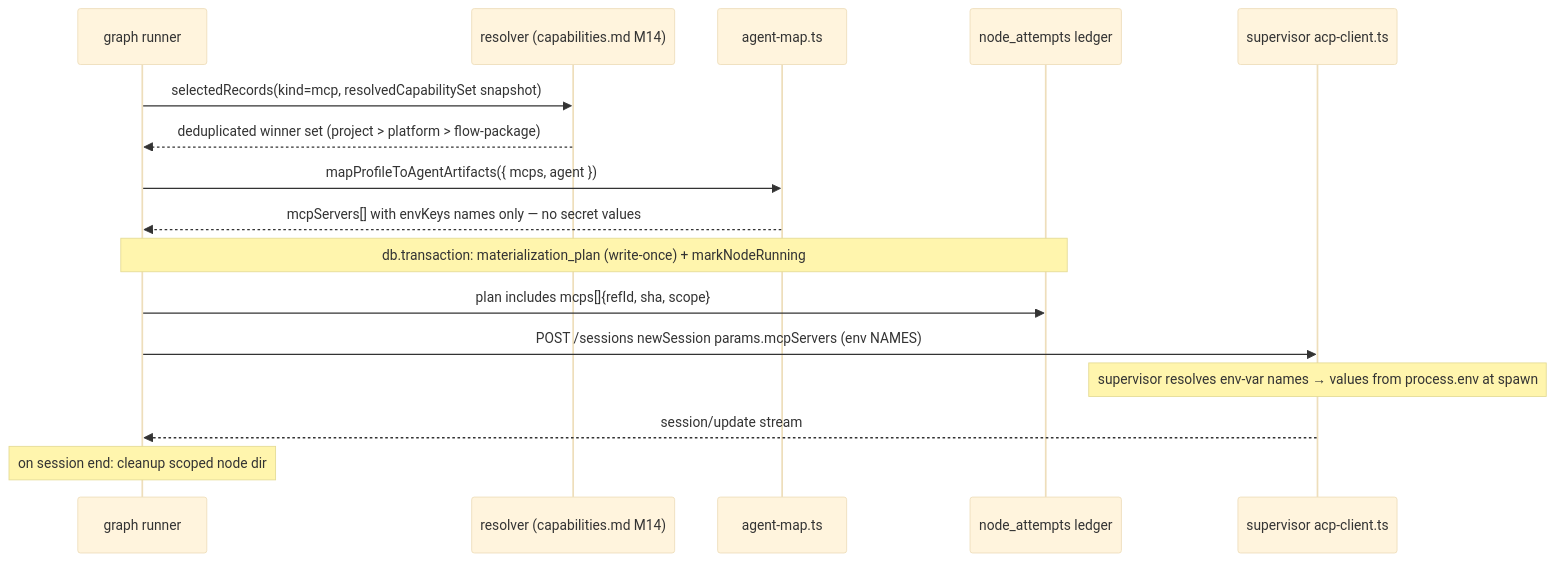
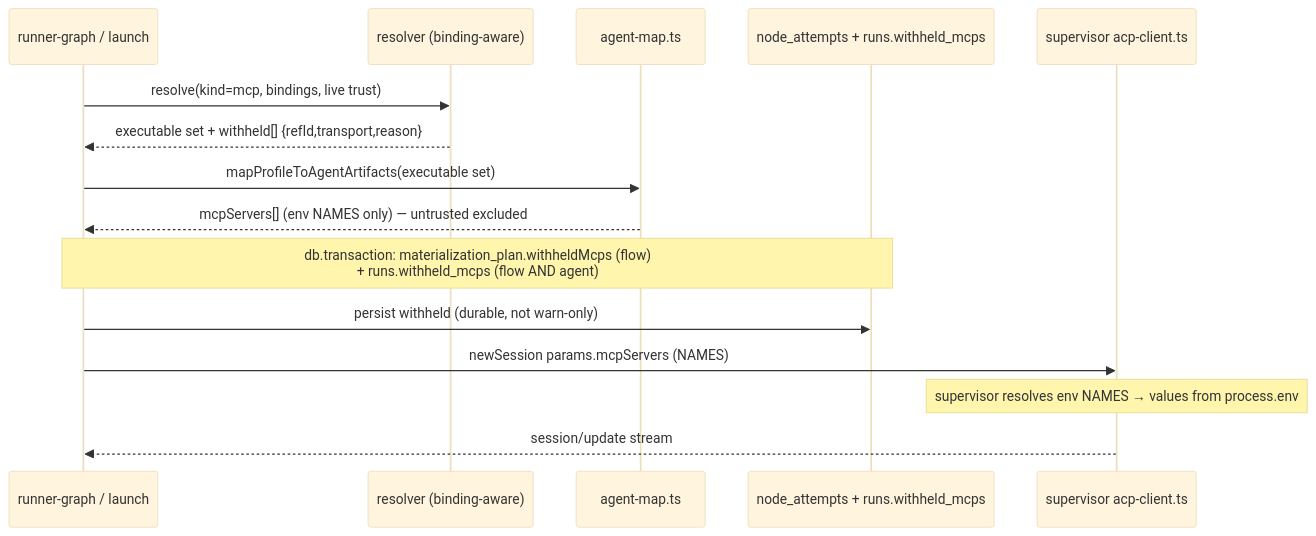
The fifth of 6 diagrams in docs/system-analytics/mcp-management.md (maister-dev/maister), drawn with Mermaid (base theme) before and after one commit. The commit also changed other lines of this file and 15 other files, not shown here.

````diff
--- a/docs/system-analytics/mcp-management.md
+++ b/docs/system-analytics/mcp-management.md
@@ -135,19 +156,18 @@
 ```mermaid
 sequenceDiagram
-    participant R as graph runner
-    participant Res as resolver (capabilities.md M14)
+    participant R as runner-graph / launch
+    participant Res as resolver (binding-aware)
     participant Map as agent-map.ts
-    participant L as node_attempts ledger
+    participant L as node_attempts + runs.withheld_mcps
     participant S as supervisor acp-client.ts
 
-    R->>Res: selectedRecords(kind=mcp, resolvedCapabilitySet snapshot)
-    Res-->>R: deduplicated winner set (project > platform > flow-package)
-    R->>Map: mapProfileToAgentArtifacts({ mcps, agent })
-    Map-->>R: mcpServers[] with envKeys names only — no secret values
-    note over R,L: db.transaction: materialization_plan (write-once) + markNodeRunning
-    R->>L: plan includes mcps[]{refId, sha, scope}
-    R->>S: POST /sessions newSession params.mcpServers (env NAMES)
-    note over S: supervisor resolves env-var names → values from process.env at spawn
+    R->>Res: resolve(kind=mcp, bindings, live trust)
+    Res-->>R: executable set + withheld[] {refId,transport,reason}
+    R->>Map: mapProfileToAgentArtifacts(executable set)
+    Map-->>R: mcpServers[] (env NAMES only) — untrusted excluded
+    note over R,L: db.transaction: materialization_plan.withheldMcps (flow)<br/>+ runs.withheld_mcps (flow AND agent)
+    R->>L: persist withheld (durable, not warn-only)
+    R->>S: newSession params.mcpServers (NAMES)
+    note over S: supervisor resolves env NAMES → values from process.env
     S-->>R: session/update stream
-    note over R: on session end: cleanup scoped node dir
 ```
````
